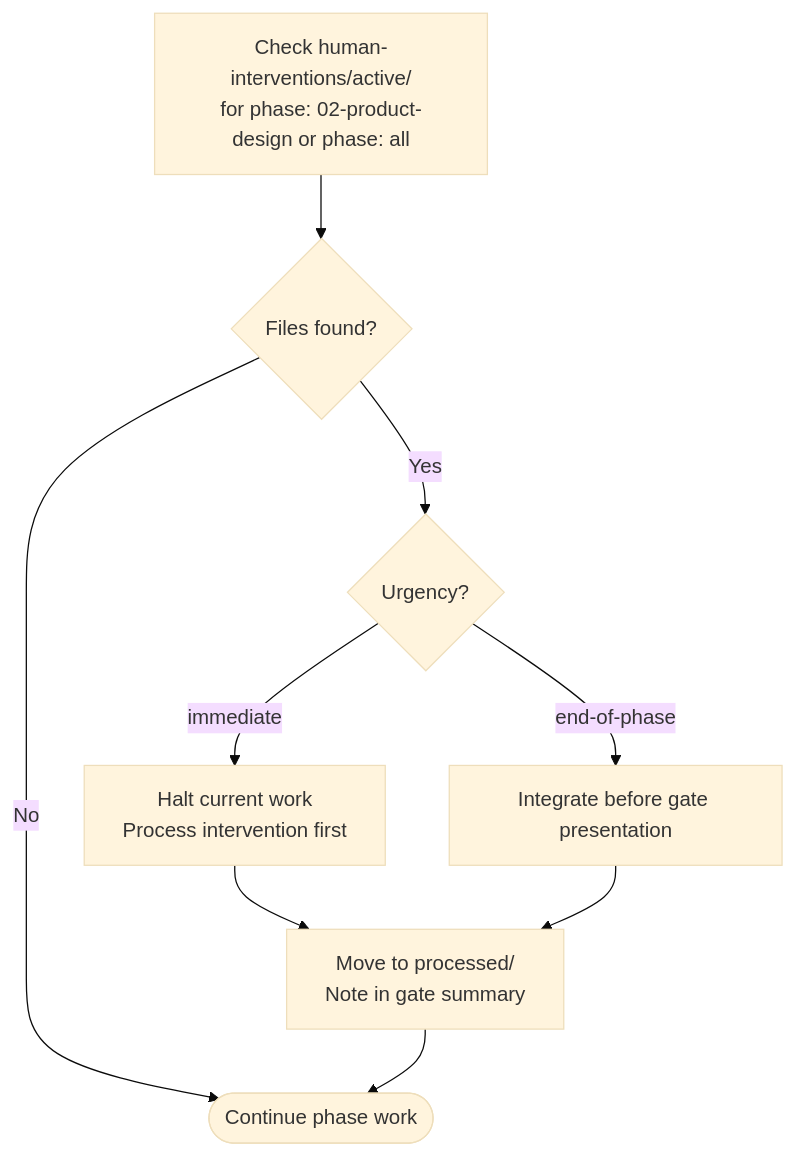
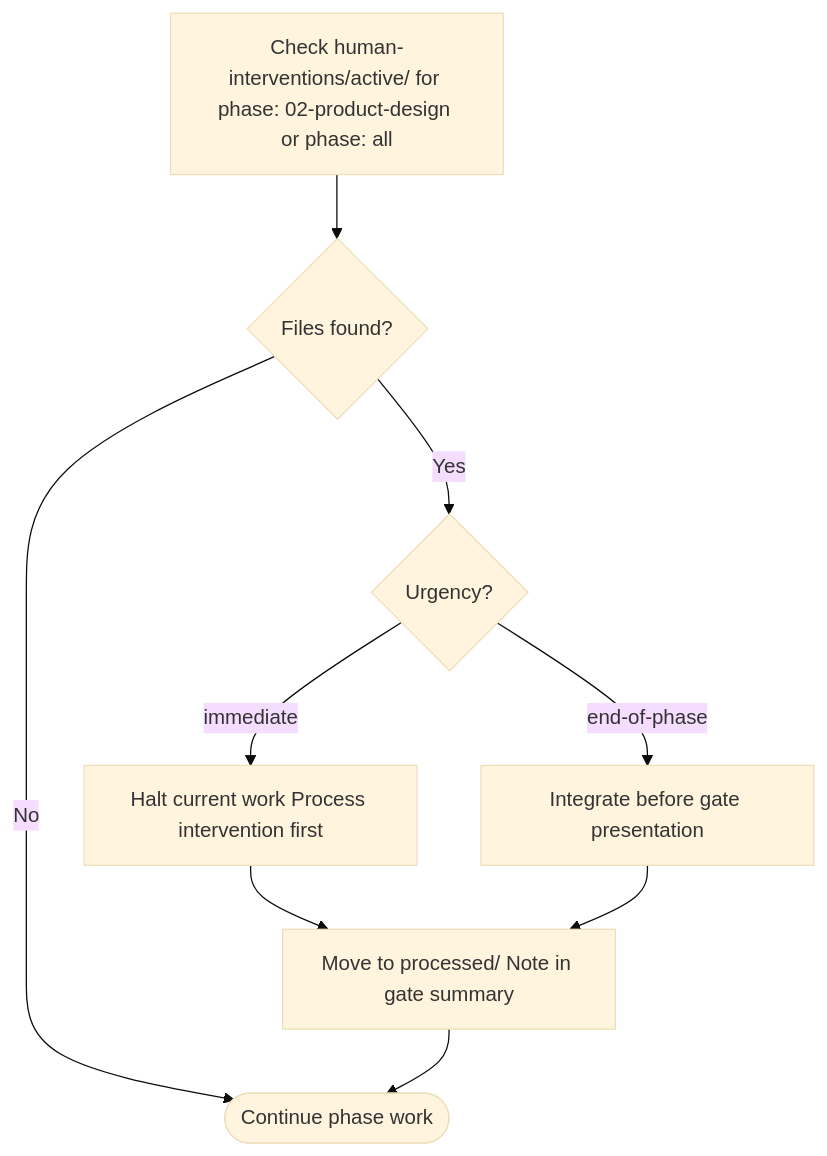
One commit to ivanyeors/product-agentic-templates changed the second of 2 diagrams in .cursor/skills/02-product-design/SKILL.md. Above: the diagram before and after it, drawn with Mermaid (base theme). The commit also changed other lines of this file and 39 other files, not shown here.

````diff
--- a/.cursor/skills/02-product-design/SKILL.md
+++ b/.cursor/skills/02-product-design/SKILL.md
@@ -164,11 +164,11 @@
 ```mermaid
 flowchart TD
-    check[Check human-interventions/active/\nfor phase: 02-product-design or phase: all] --> found{Files found?}
+    check[Check human-interventions/active/ for phase: 02-product-design or phase: all] --> found{Files found?}
     found -->|No| proceed([Continue phase work])
     found -->|Yes| urgency{Urgency?}
-    urgency -->|immediate| halt[Halt current work\nProcess intervention first]
+    urgency -->|immediate| halt[Halt current work Process intervention first]
     urgency -->|end-of-phase| queue[Integrate before gate presentation]
-    halt --> archive[Move to processed/\nNote in gate summary]
+    halt --> archive[Move to processed/ Note in gate summary]
     queue --> archive
     archive --> proceed
 ```
````
